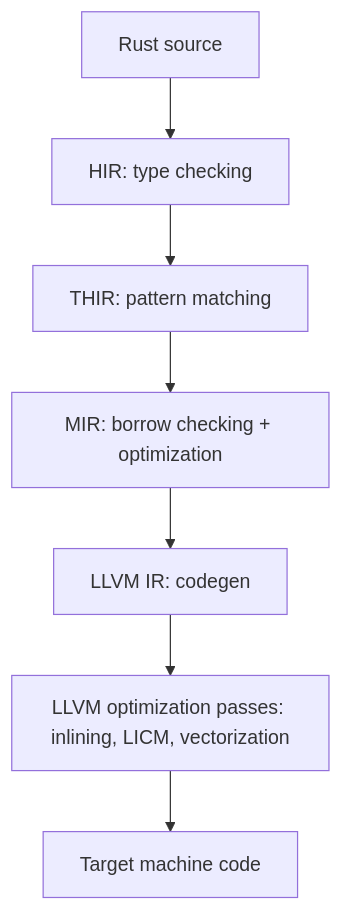
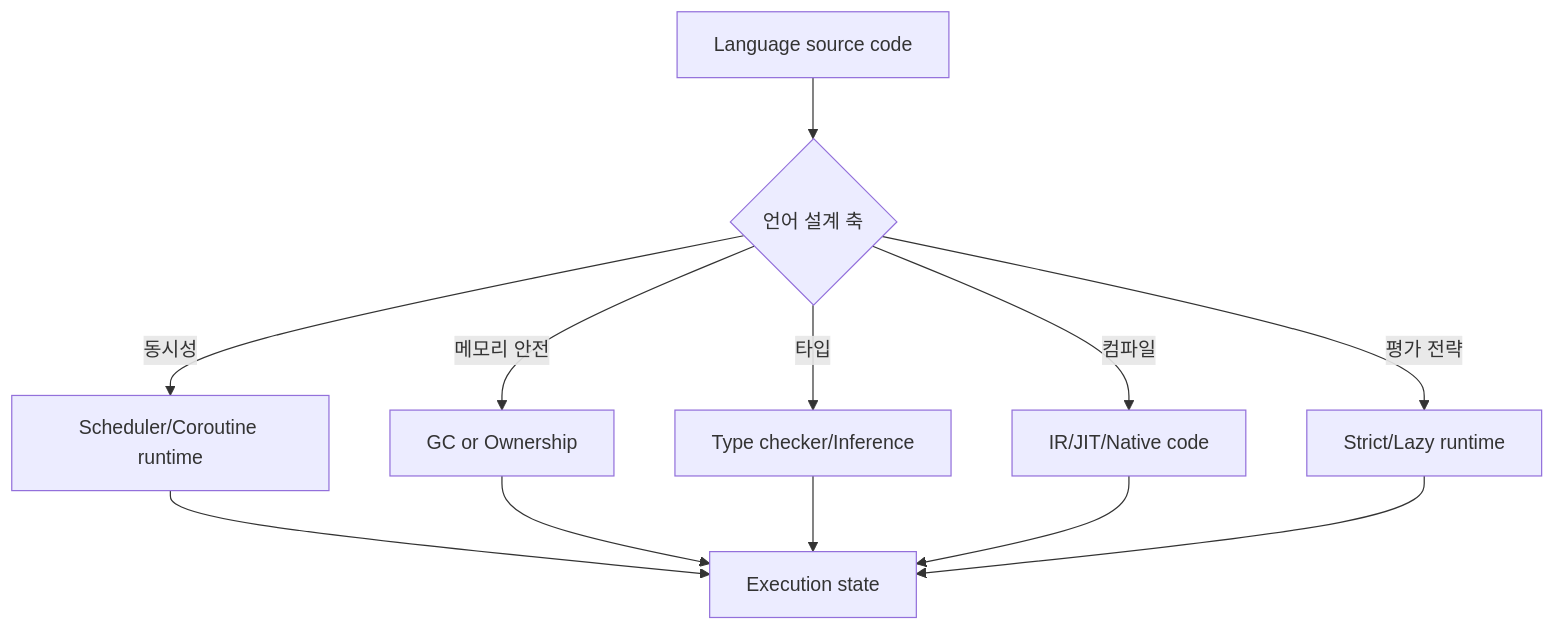
The first of 2 diagrams in content/docs/books/cs-reference/programming-languages-internals.md (choisimo/document), drawn with Mermaid before and after one commit. The commit also changed other lines of this file and 432 other files, not shown here.

````diff
--- a/content/docs/books/cs-reference/programming-languages-internals.md
+++ b/content/docs/books/cs-reference/programming-languages-internals.md
@@ -201,9 +36,14 @@
 ```mermaid
 flowchart TD
-    Rust[Rust source] --> HIR[HIR: type checking]
-    HIR --> THIR[THIR: pattern matching]
-    THIR --> MIR[MIR: borrow checking + optimization]
-    MIR --> LLVMIR[LLVM IR: codegen]
-    LLVMIR --> Passes[LLVM optimization passes: inlining, LICM, vectorization]
-    Passes --> MachineCode[Target machine code]
+    A[Language source code] --> B{언어 설계 축}
+    B -->|동시성| C[Scheduler/Coroutine runtime]
+    B -->|메모리 안전| D[GC or Ownership]
+    B -->|타입| E[Type checker/Inference]
+    B -->|컴파일| F[IR/JIT/Native code]
+    B -->|평가 전략| G[Strict/Lazy runtime]
+    C --> H[Execution state]
+    D --> H
+    E --> H
+    F --> H
+    G --> H
 ```
````
